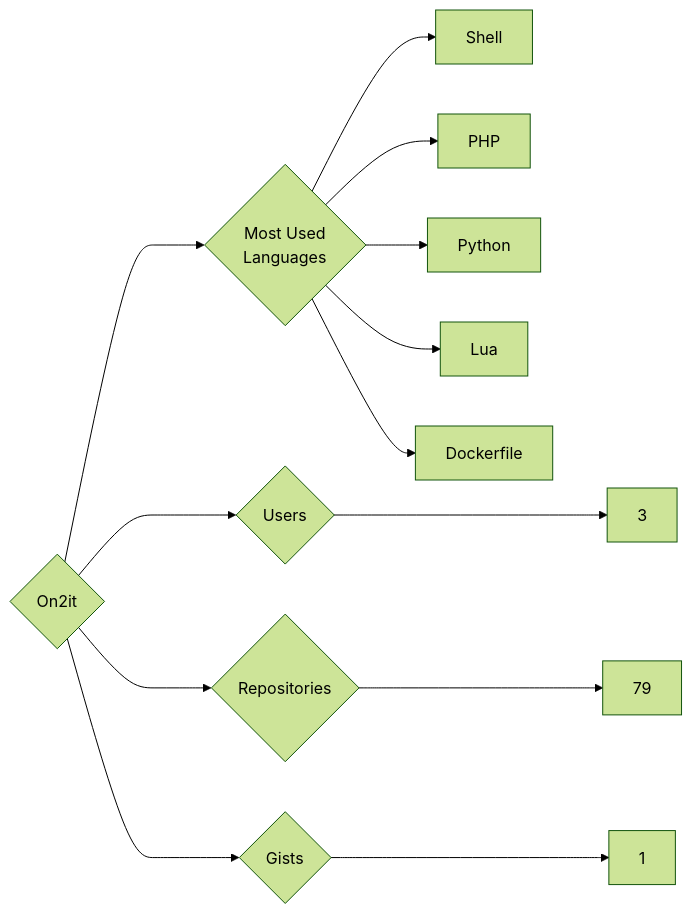
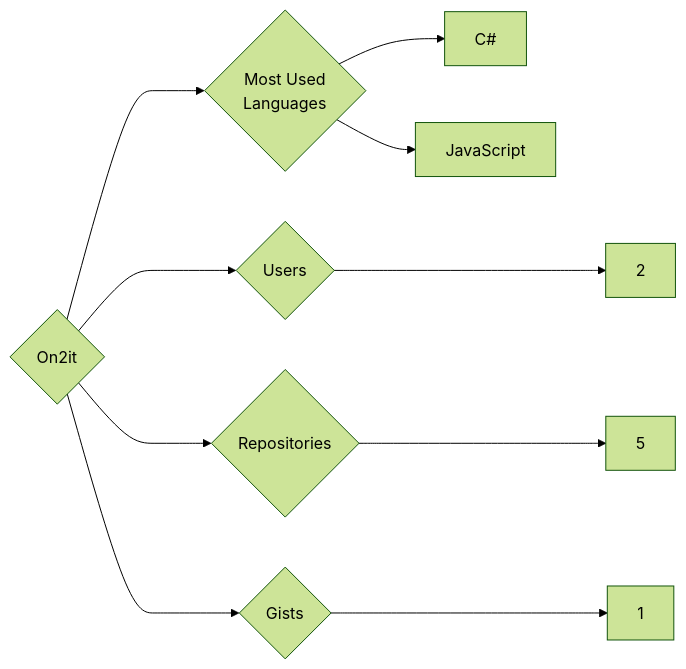
One commit to trickest/insiders changed the diagram in targets/On2it/README.md. Above: the diagram before and after it, drawn with Mermaid (forest theme). The commit also changed 796 other files, not shown here.

````diff
--- a/targets/On2it/README.md
+++ b/targets/On2it/README.md
@@ -3,13 +3,10 @@
 ```mermaid
 graph LR
 COMPANY_NAME{On2it}
-COMPANY_NAME ---> U{Users} ---> UN[3]
-COMPANY_NAME ---> R{Repositories} ---> RN[79]
+COMPANY_NAME ---> U{Users} ---> UN[2]
+COMPANY_NAME ---> R{Repositories} ---> RN[5]
 COMPANY_NAME ---> G{Gists} ---> GN[1]
 COMPANY_NAME ---> ML{Most Used<br>Languages}
-ML --> Shell[Shell]
-ML --> PHP[PHP]
-ML --> Python[Python]
-ML --> Lua[Lua]
-ML --> Dockerfile[Dockerfile]
+ML --> C#[C#]
+ML --> JavaScript[JavaScript]
 ```
````
